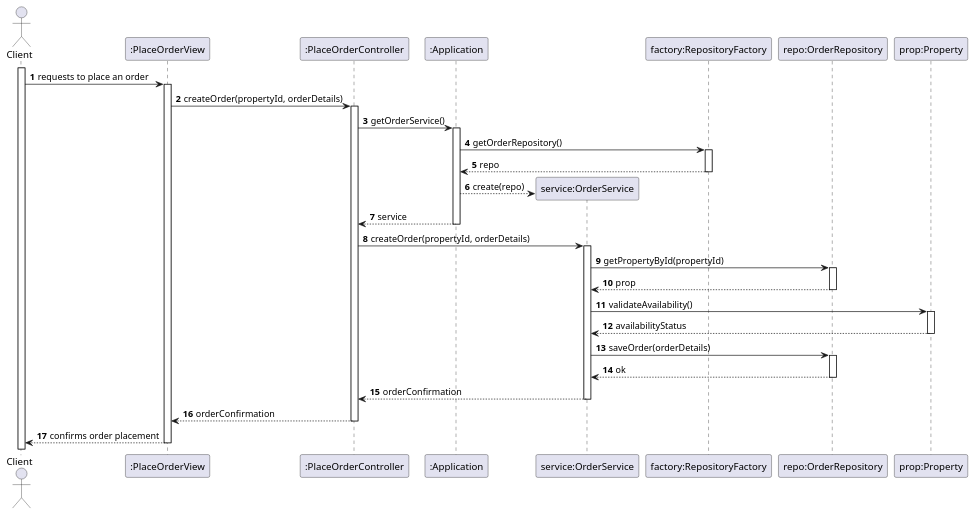
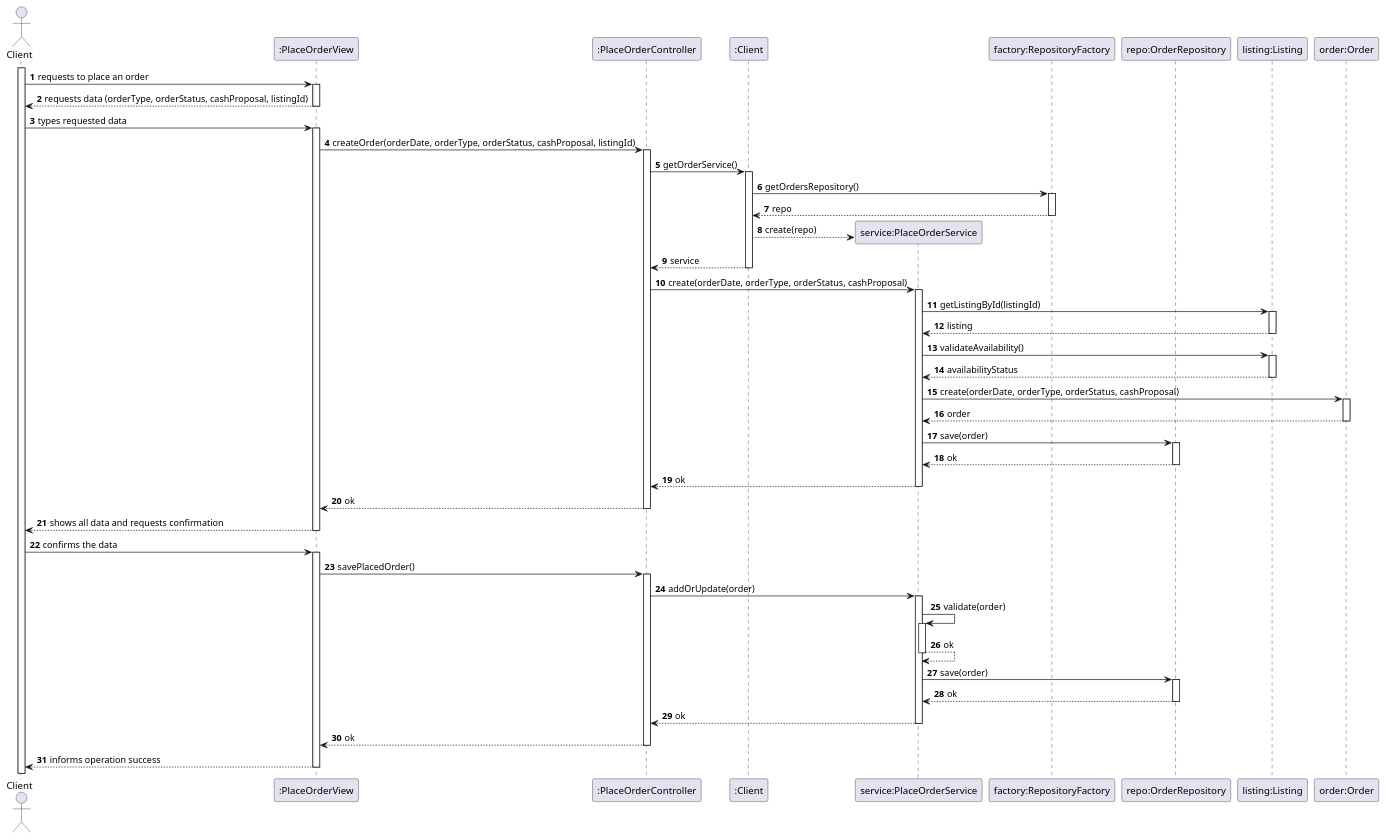
One commit to goncalomaia18/leti-esoft-24-25-A2 changed the diagram in docs/Sprint4/US32/US32-SD.puml. Above: the diagram before and after it, drawn with PlantUML. The commit also changed 4 other files, not shown here.

```diff
--- a/docs/Sprint4/US32/US32-SD.puml
+++ b/docs/Sprint4/US32/US32-SD.puml
@@ -1,36 +1,52 @@
 @startuml
 'https://plantuml.com/sequence-diagram
+
 autoactivate on
 autonumber
 
 actor "Client" as User
 participant ":PlaceOrderView" as System
 participant ":PlaceOrderController" as Ctrl
-participant ":Application" as App
-participant "service:OrderService" as Service
+participant ":Client" as Client
+participant "service:PlaceOrderService" as Service
 participant "factory:RepositoryFactory" as Factory
 participant "repo:OrderRepository" as Repo
-participant "prop:Property" as Property
+participant "listing:Listing" as Listing
+participant "order:Order" as Order
 
 activate User
 
 User -> System: requests to place an order
-System -> Ctrl: createOrder(propertyId, orderDetails)
-Ctrl -> App: getOrderService()
-App -> Factory: getOrderRepository()
-Factory --> App: repo
-App --> Service**: create(repo)
-App --> Ctrl: service
+System --> User: requests data (orderType, orderStatus, cashProposal, listingId)
+User -> System: types requested data
+System -> Ctrl: createOrder(orderDate, orderType, orderStatus, cashProposal, listingId)
+Ctrl -> Client: getOrderService()
+Client -> Factory: getOrdersRepository()
+Factory --> Client: repo
+Client --> Service**: create(repo)
+Client --> Ctrl: service
 
-Ctrl -> Service: createOrder(propertyId, orderDetails)
-Service -> Repo: getPropertyById(propertyId)
-Repo --> Service: prop
-Service -> Property: validateAvailability()
-Property --> Service: availabilityStatus
-Service -> Repo: saveOrder(orderDetails)
+Ctrl -> Service: create(orderDate, orderType, orderStatus, cashProposal)
+Service -> Listing: getListingById(listingId)
+Listing --> Service: listing
+Service -> Listing: validateAvailability()
+Listing --> Service: availabilityStatus
+
+Service -> Order: create(orderDate, orderType, orderStatus, cashProposal)
+Order --> Service: order
+Service -> Repo: save(order)
 Repo --> Service: ok
-Service --> Ctrl: orderConfirmation
-Ctrl --> System: orderConfirmation
-System --> User: confirms order placement
-
+Service --> Ctrl: ok
+Ctrl --> System: ok
+System --> User: shows all data and requests confirmation
+User -> System: confirms the data
+System -> Ctrl: savePlacedOrder()
+Ctrl -> Service: addOrUpdate(order)
+Service -> Service : validate(order)
+Service --> Service : ok
+Service -> Repo: save(order)
+Repo --> Service : ok
+Service --> Ctrl: ok
+Ctrl --> System: ok
+System --> User: informs operation success
 @enduml
```
